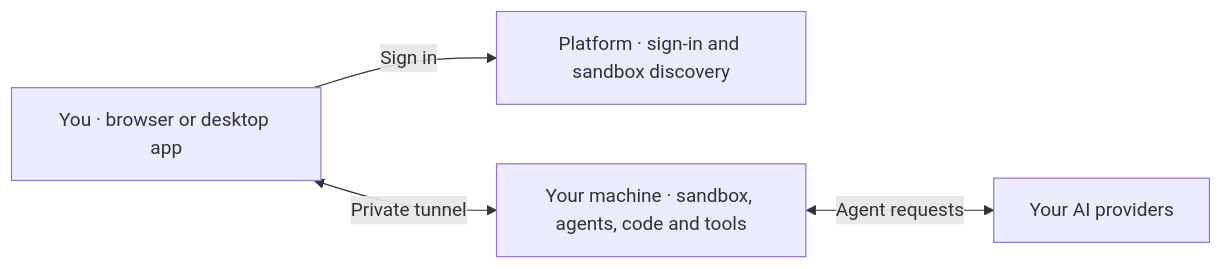
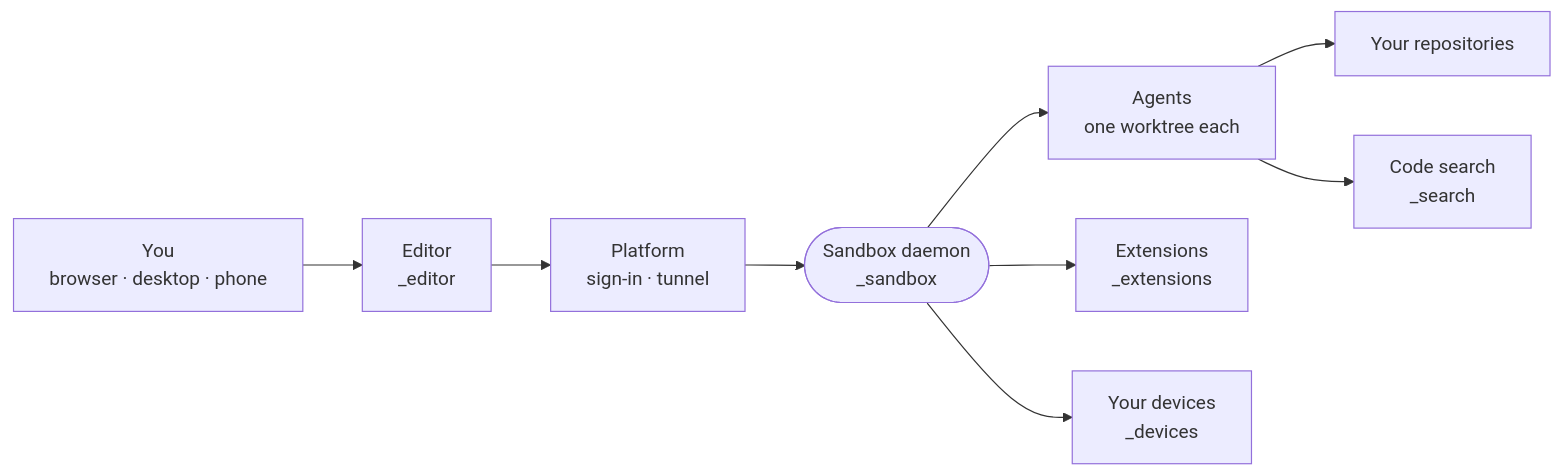
Before and after one commit to intentic/intentic: the diagram in README.md, drawn with Mermaid. The commit also changed other lines of this file and 277 other files, not shown here.

````diff
--- a/README.md
+++ b/README.md
@@ -115,10 +36,11 @@
 ```mermaid
 flowchart LR
-    browser["You · browser or desktop app"]
-    platform["Platform · sign-in and sandbox discovery"]
-    sandbox["Your machine · sandbox, agents, code and tools"]
-    providers["Your AI providers"]
-    browser -->|Sign in| platform
-    browser <-->|Private tunnel| sandbox
-    sandbox <-->|Agent requests| providers
+    you["You<br/>browser · desktop · phone"] --> editor["Editor<br/>_editor"]
+    editor --> platform["Platform<br/>sign-in · tunnel"]
+    platform --> sandbox(["Sandbox daemon<br/>_sandbox"])
+    sandbox --> agents["Agents<br/>one worktree each"]
+    agents --> repos["Your repositories"]
+    sandbox --> ext["Extensions<br/>_extensions"]
+    sandbox --> devices["Your devices<br/>_devices"]
+    agents --> search["Code search<br/>_search"]
 ```
````
